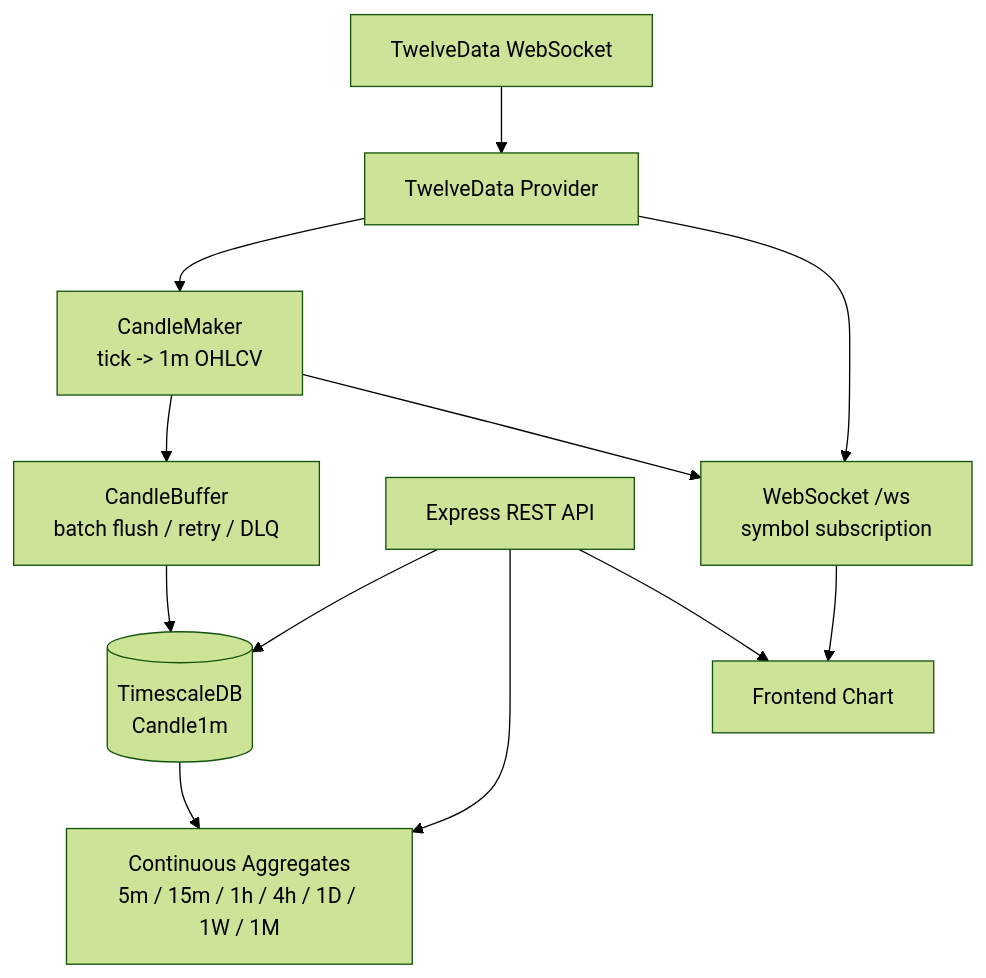
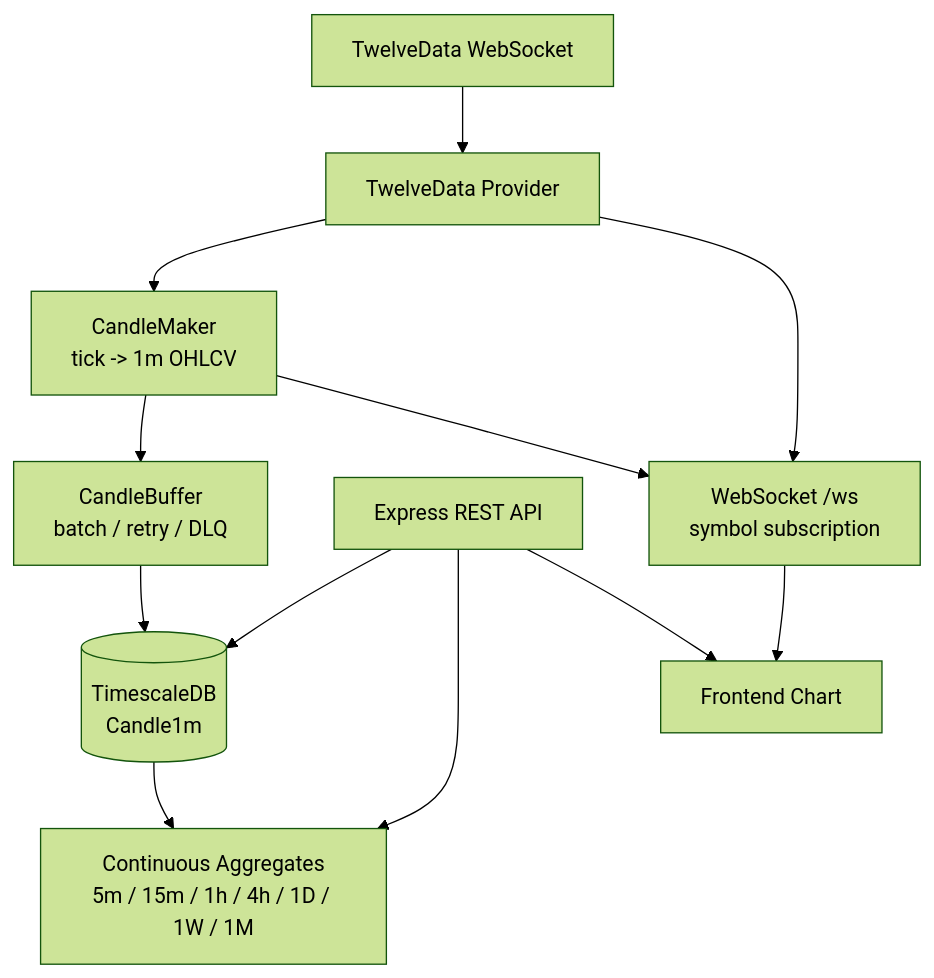
One commit to asd1702/Fin_D changed the diagram in find-chart_T/README.md. Above: the diagram before and after it, drawn with Mermaid (forest theme). The commit also changed other lines of this file and 6 other files, not shown here.

Commit message:
docs: FinD Chart Server 포트폴리오 문서 최종 정리

````diff
--- a/find-chart_T/README.md
+++ b/find-chart_T/README.md
@@ -16,14 +9,14 @@
 ```mermaid
 flowchart TB
     td["TwelveData WebSocket"] --> provider["TwelveData Provider"]
     provider --> maker["CandleMaker<br/>tick -> 1m OHLCV"]
-    maker --> buffer["CandleBuffer<br/>batch flush / retry / DLQ"]
+    maker --> buffer["CandleBuffer<br/>batch / retry / DLQ"]
     buffer --> db[("TimescaleDB<br/>Candle1m")]
     db --> ca["Continuous Aggregates<br/>5m / 15m / 1h / 4h / 1D / 1W / 1M"]
     api["Express REST API"] --> db
     api --> ca
     provider --> ws["WebSocket /ws<br/>symbol subscription"]
     maker --> ws
-    ws --> front["Frontend Chart"]
-    api --> front
+    api --> front["Frontend Chart"]
+    ws --> front
 ```
````
